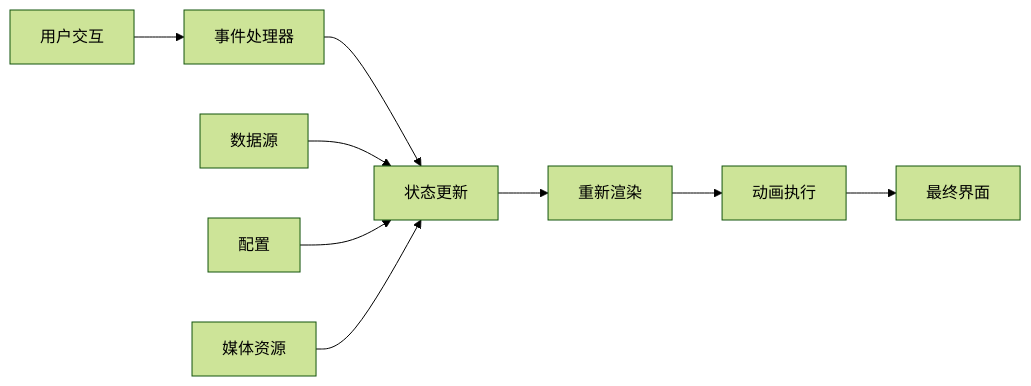
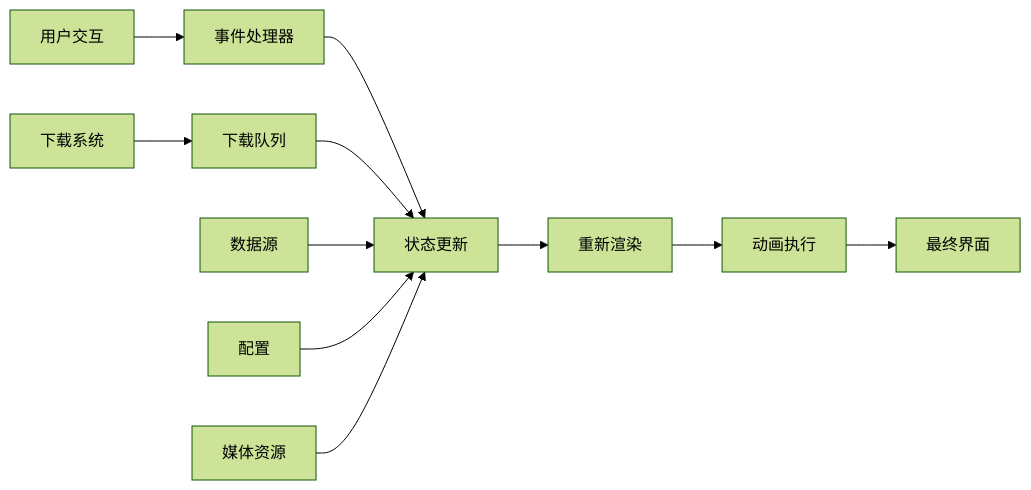
One commit to billye220670/newSquare changed the fourth of 22 diagrams in .qoder/repowiki/zh/content/详情页系统.md. Above: the diagram before and after it, drawn with Mermaid (forest theme). The commit also changed other lines of this file and 14 other files, not shown here.

````diff
--- a/.qoder/repowiki/zh/content/详情页系统.md
+++ b/.qoder/repowiki/zh/content/详情页系统.md
@@ -185,11 +231,13 @@
 ```mermaid
 flowchart LR
 USER[用户交互] --> HANDLER[事件处理器]
 HANDLER --> STATE[状态更新]
 STATE --> RENDER[重新渲染]
 RENDER --> ANIMATION[动画执行]
 ANIMATION --> UI[最终界面]
+DOWNLOAD[下载系统] --> QUEUE[下载队列]
+QUEUE --> STATE
 DATA[数据源] --> STATE
 CONFIG[配置] --> STATE
 MEDIA[媒体资源] --> STATE
 ```
````
